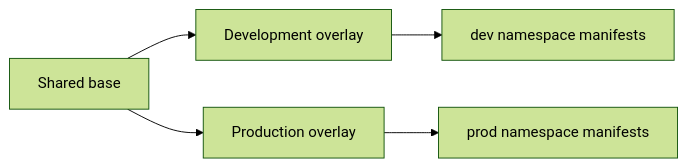
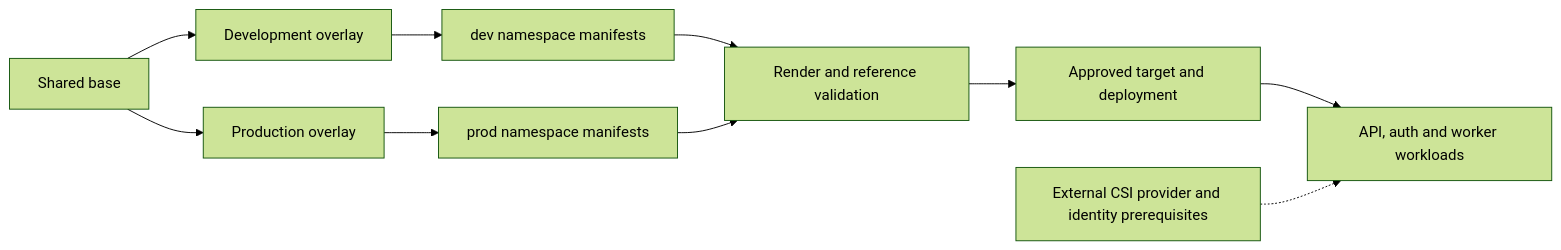
One commit to ahmed-el-mahdy/kustomize-multi-env-k8s changed the diagram in README.md. Above: the diagram before and after it, drawn with Mermaid (forest theme). The commit also changed other lines of this file, not shown here.

Commit message:
docs: verify project scope, architecture and review gates [skip ci]

````diff
--- a/README.md
+++ b/README.md
@@ -20,7 +20,12 @@
 ```mermaid
 flowchart LR
     BASE[Shared base] --> DEV[Development overlay]
     BASE --> PROD[Production overlay]
     DEV --> DOUT[dev namespace manifests]
     PROD --> POUT[prod namespace manifests]
+    DOUT --> CHECK[Render and reference validation]
+    POUT --> CHECK
+    CHECK --> REVIEW[Approved target and deployment]
+    REVIEW --> WORKLOAD[API, auth and worker workloads]
+    PROVIDER[External CSI provider and identity prerequisites] -.-> WORKLOAD
 ```
````
